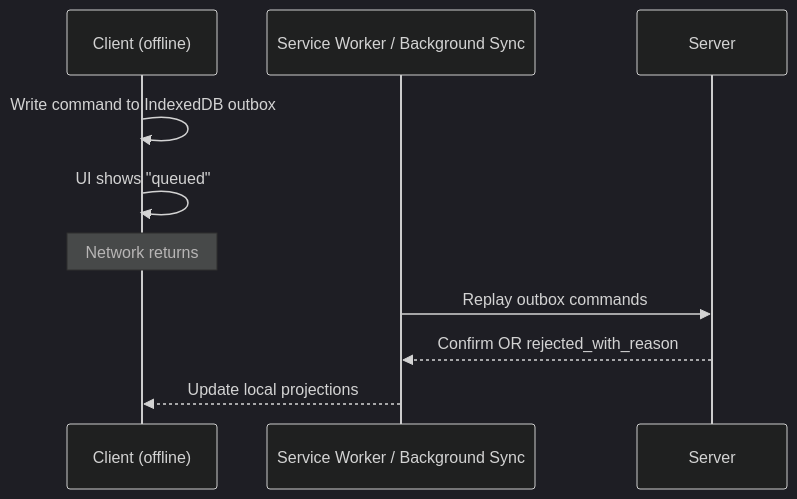
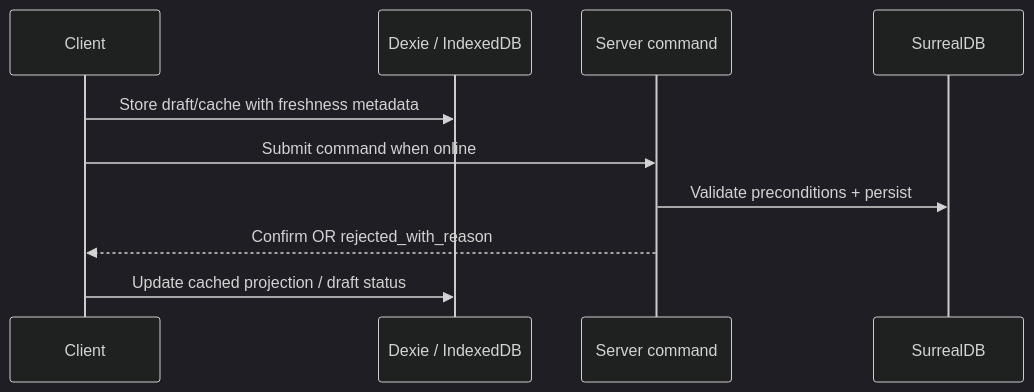
The third of 3 diagrams in docs/10-Architecture/06-Runtime.md (EtroxTaran/klubhaus-elf), drawn with Mermaid (dark theme) before and after one commit. The commit also changed other lines of this file and 67 other files, not shown here.

````diff
--- a/docs/10-Architecture/06-Runtime.md
+++ b/docs/10-Architecture/06-Runtime.md
@@ -91,12 +92,12 @@
 ```mermaid
 sequenceDiagram
-    participant C as Client (offline)
-    participant SW as Service Worker / Background Sync
-    participant S as Server
-    C->>C: Write command to IndexedDB outbox
-    C->>C: UI shows "queued"
-    Note over C: Network returns
-    SW->>S: Replay outbox commands
-    S-->>SW: Confirm OR rejected_with_reason
-    SW-->>C: Update local projections
+    participant C as Client
+    participant IDB as Dexie / IndexedDB
+    participant S as Server command
+    participant DB as SurrealDB
+    C->>IDB: Store draft/cache with freshness metadata
+    C->>S: Submit command when online
+    S->>DB: Validate preconditions + persist
+    S-->>C: Confirm OR rejected_with_reason
+    C->>IDB: Update cached projection / draft status
 ```
````
